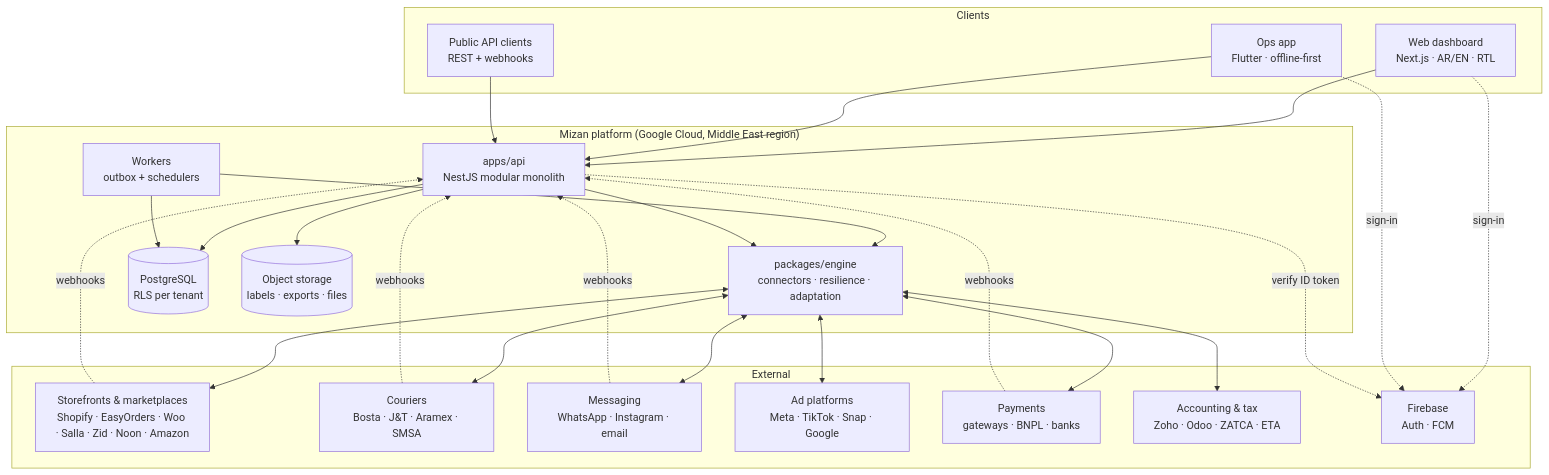
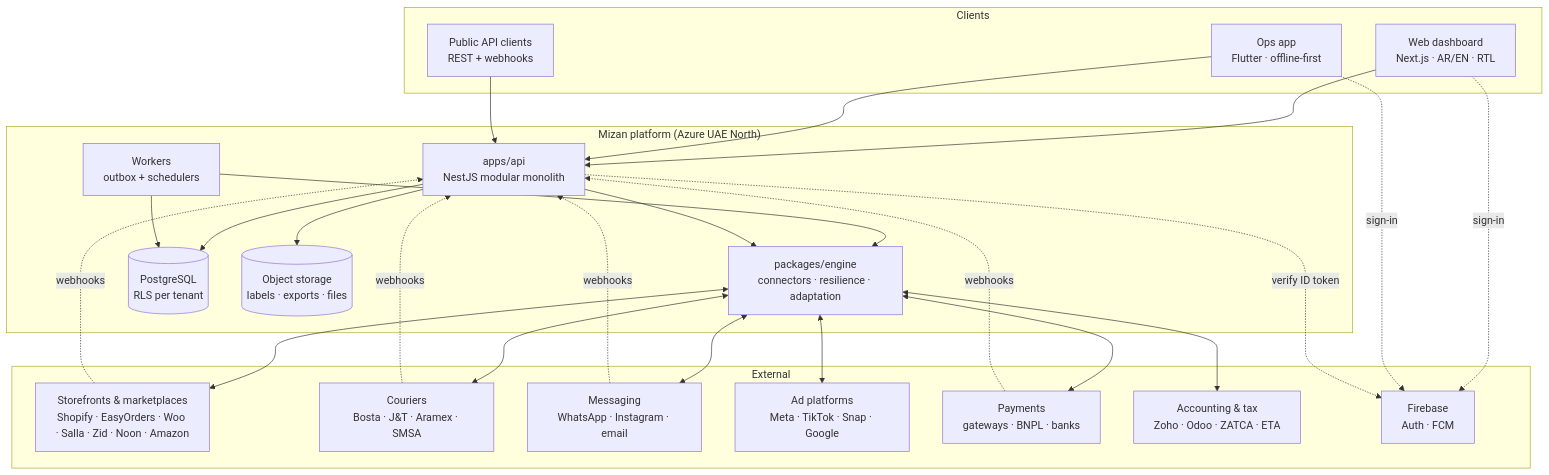
One commit to BranditaLabs/mizan changed the first of 2 diagrams in docs/03-architecture.md. Above: the diagram before and after it, drawn with Mermaid. The commit also changed other lines of this file and 36 other files, not shown here.

First line of the commit message:
Host on Azure UAE North (ADR-0014)

````diff
--- a/docs/03-architecture.md
+++ b/docs/03-architecture.md
@@ -5,34 +5,34 @@
 ```mermaid
 flowchart TB
   subgraph Clients
     W[Web dashboard<br/>Next.js · AR/EN · RTL]
     O[Ops app<br/>Flutter · offline-first]
     P[Public API clients<br/>REST + webhooks]
   end
-  subgraph Mizan["Mizan platform (Google Cloud, Middle East region)"]
+  subgraph Mizan["Mizan platform (Azure UAE North)"]
     API[apps/api<br/>NestJS modular monolith]
     WK[Workers<br/>outbox + schedulers]
     ENG[packages/engine<br/>connectors · resilience · adaptation]
     DB[(PostgreSQL<br/>RLS per tenant)]
     OBJ[(Object storage<br/>labels · exports · files)]
   end
   subgraph External
     ST[Storefronts & marketplaces<br/>Shopify · EasyOrders · Woo · Salla · Zid · Noon · Amazon]
     CR[Couriers<br/>Bosta · J&T · Aramex · SMSA]
     WA[Messaging<br/>WhatsApp · Instagram · email]
     AD[Ad platforms<br/>Meta · TikTok · Snap · Google]
     PAY[Payments<br/>gateways · BNPL · banks]
     ACC[Accounting & tax<br/>Zoho · Odoo · ZATCA · ETA]
     FB[Firebase<br/>Auth · FCM]
   end
   W & O & P --> API
   API --> DB
   WK --> DB
   WK --> ENG
   API --> ENG
   ENG <--> ST & CR & WA & AD & PAY & ACC
   ST & CR & WA & PAY -. webhooks .-> API
   W & O -. sign-in .-> FB
   API -. verify ID token .-> FB
   API --> OBJ
 ```
````
